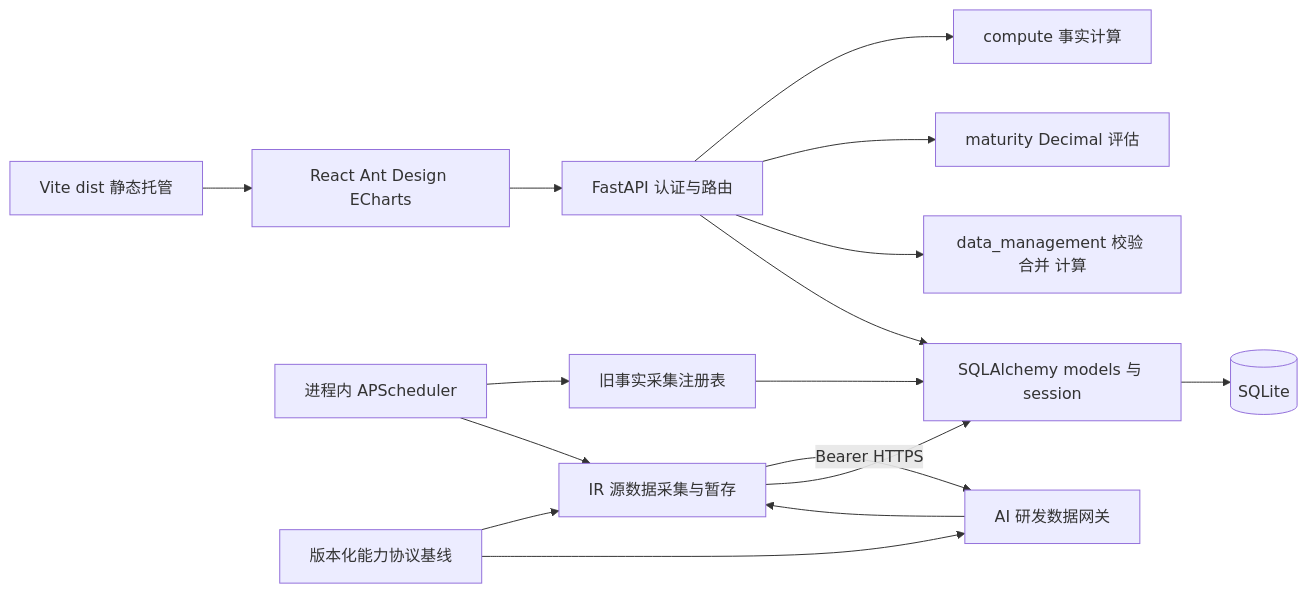
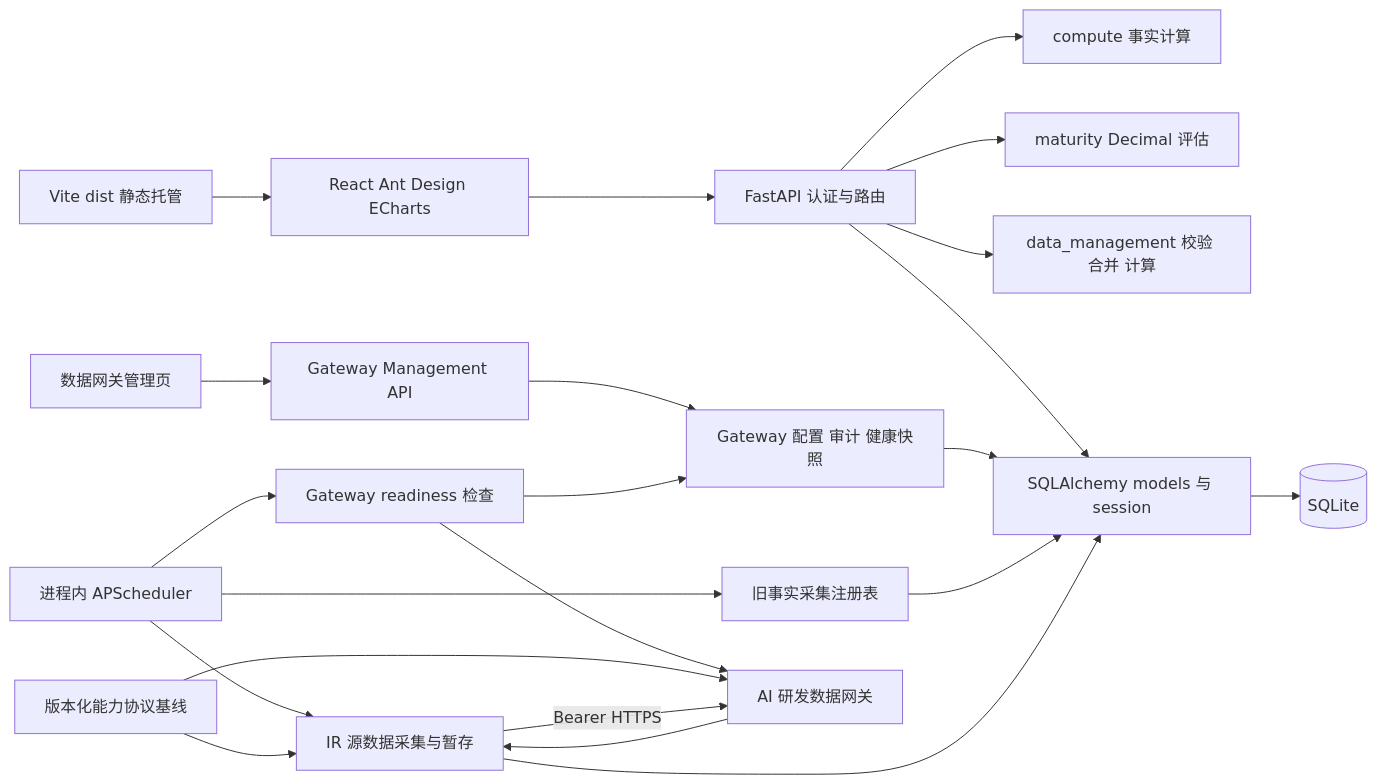
Before and after one commit to X1aoboo/ai-dev-radar: the diagram in docs/architecture/overview.md, drawn with Mermaid. The commit also changed other lines of this file and 63 other files, not shown here.

````diff
--- a/docs/architecture/overview.md
+++ b/docs/architecture/overview.md
@@ -7,18 +7,24 @@
 ```mermaid
 flowchart LR
     Browser[React Ant Design ECharts] --> API[FastAPI 认证与路由]
     API --> Facts[compute 事实计算]
     API --> Maturity[maturity Decimal 评估]
     API --> Source[data_management 校验 合并 计算]
     API --> ORM[SQLAlchemy models 与 session]
     ORM --> DB[(SQLite)]
+    GatewaySettings[数据网关管理页] --> GatewayAPI[Gateway Management API]
+    GatewayAPI --> GatewayConfig[Gateway 配置 审计 健康快照]
+    GatewayConfig --> ORM
     Scheduler[进程内 APScheduler] --> Registry[旧事实采集注册表]
     Registry --> ORM
     Scheduler --> SourceCollection[IR 源数据采集与暂存]
+    Scheduler --> GatewayHealth[Gateway readiness 检查]
+    GatewayHealth --> GatewayConfig
+    GatewayHealth --> Gateway[AI 研发数据网关]
     Contract[版本化能力协议基线] --> SourceCollection
-    Contract --> Gateway[AI 研发数据网关]
+    Contract --> Gateway
     SourceCollection -->|Bearer HTTPS| Gateway
     Gateway --> SourceCollection
     SourceCollection --> ORM
     Static[Vite dist 静态托管] --> Browser
 ```
````
